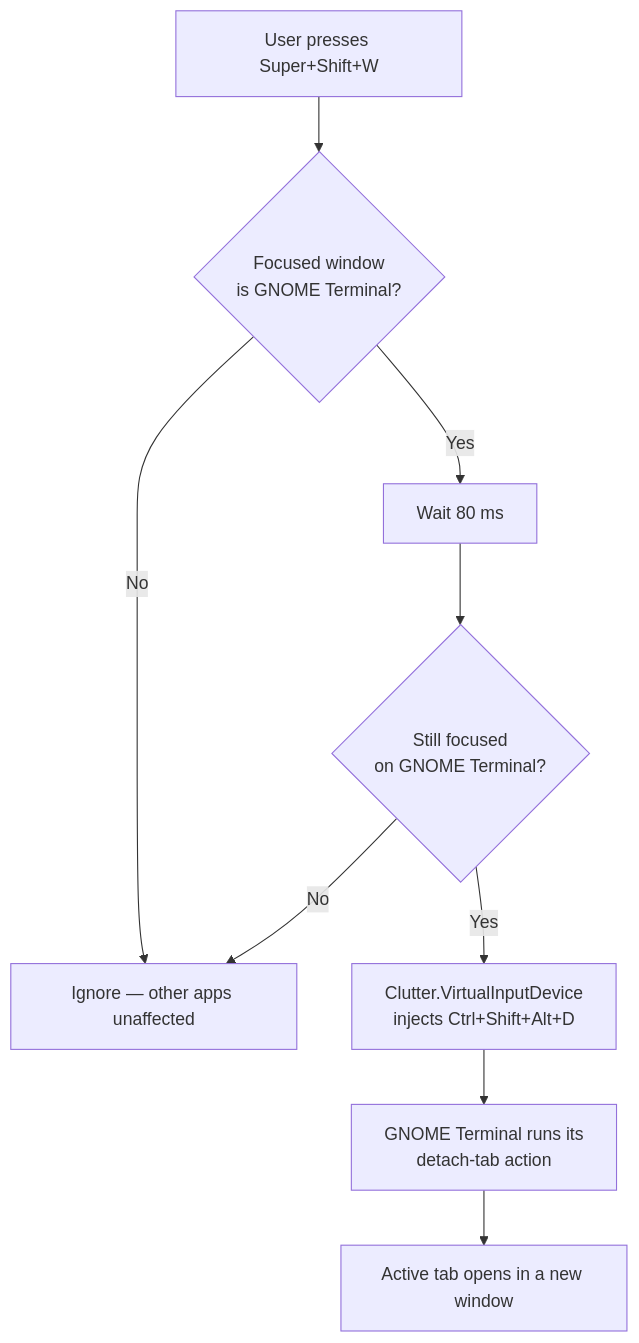
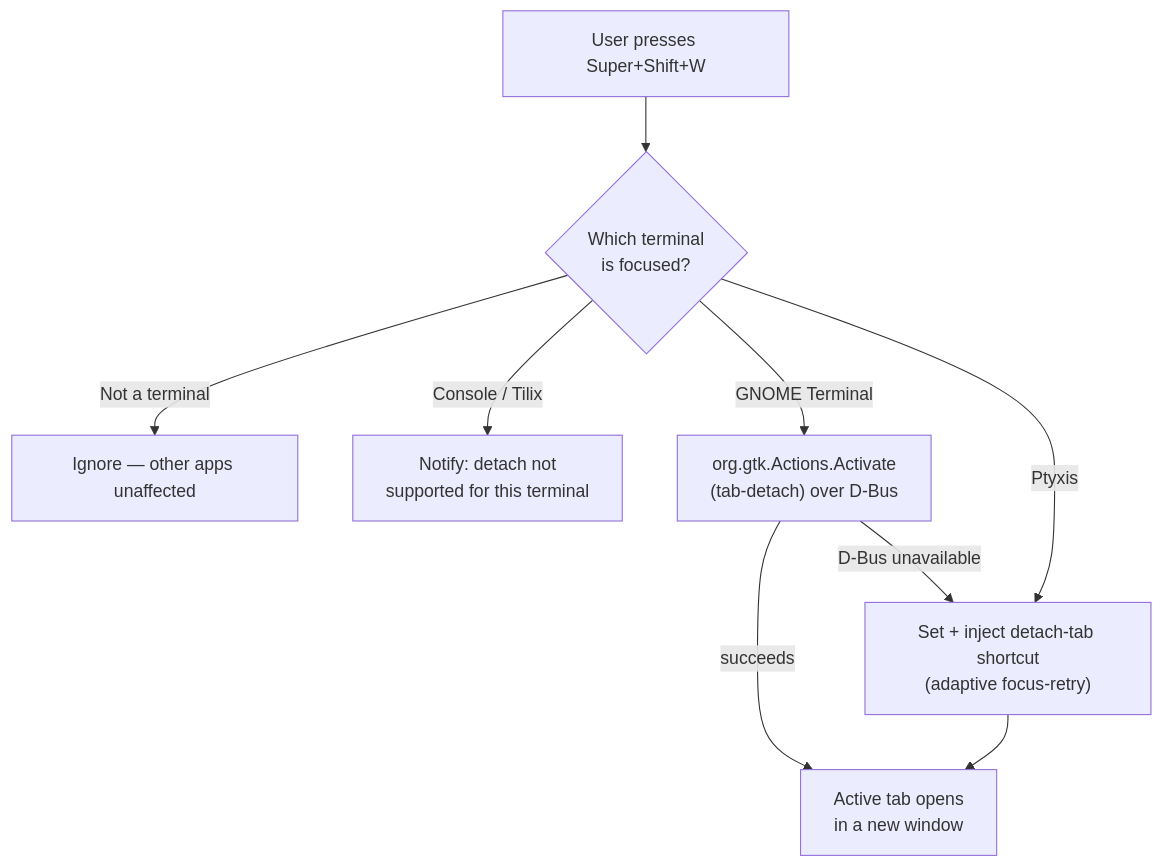
Before and after one commit to mralaminahamed/gnome-terminal-tab-to-window: the diagram in README.md, drawn with Mermaid. The commit also changed other lines of this file and 1 other file, not shown here.

Commit message:
docs: document adaptive multi-terminal support + debug toggle

````diff
--- a/README.md
+++ b/README.md
@@ -42,11 +53,11 @@
 ```mermaid
 flowchart TD
-    A["User presses Super+Shift+W"] --> B{"Focused window<br/>is GNOME Terminal?"}
-    B -->|No| C["Ignore — other apps unaffected"]
-    B -->|Yes| D["Wait 80 ms"]
-    D --> E{"Still focused<br/>on GNOME Terminal?"}
-    E -->|No| C
-    E -->|Yes| F["Clutter.VirtualInputDevice<br/>injects Ctrl+Shift+Alt+D"]
-    F --> G["GNOME Terminal runs its<br/>detach-tab action"]
-    G --> H["Active tab opens in a new window"]
+    A["User presses Super+Shift+W"] --> B{"Which terminal<br/>is focused?"}
+    B -->|"Not a terminal"| C["Ignore — other apps unaffected"]
+    B -->|"Console / Tilix"| N["Notify: detach not<br/>supported for this terminal"]
+    B -->|"GNOME Terminal"| D["org.gtk.Actions.Activate<br/>(tab-detach) over D-Bus"]
+    D -->|"succeeds"| H["Active tab opens<br/>in a new window"]
+    D -->|"D-Bus unavailable"| I
+    B -->|"Ptyxis"| I["Set + inject detach-tab shortcut<br/>(adaptive focus-retry)"]
+    I --> H
 ```
````
